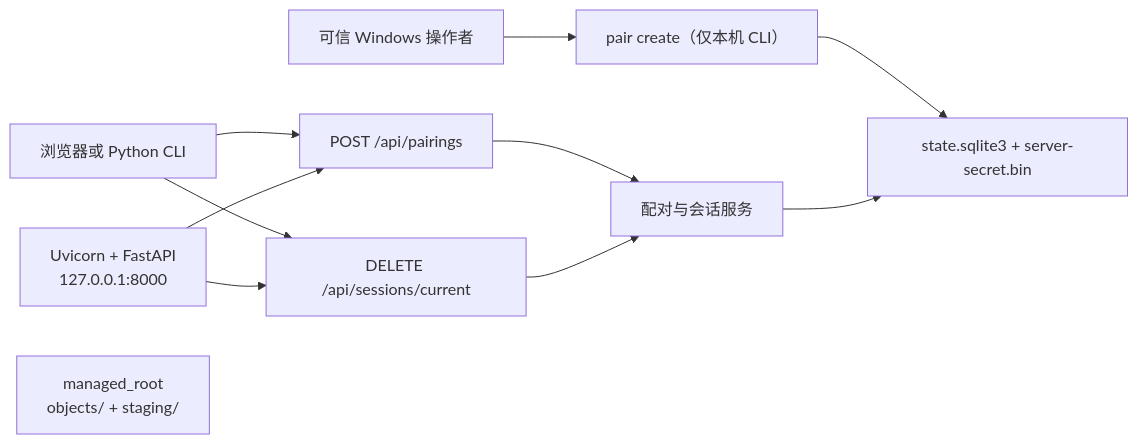
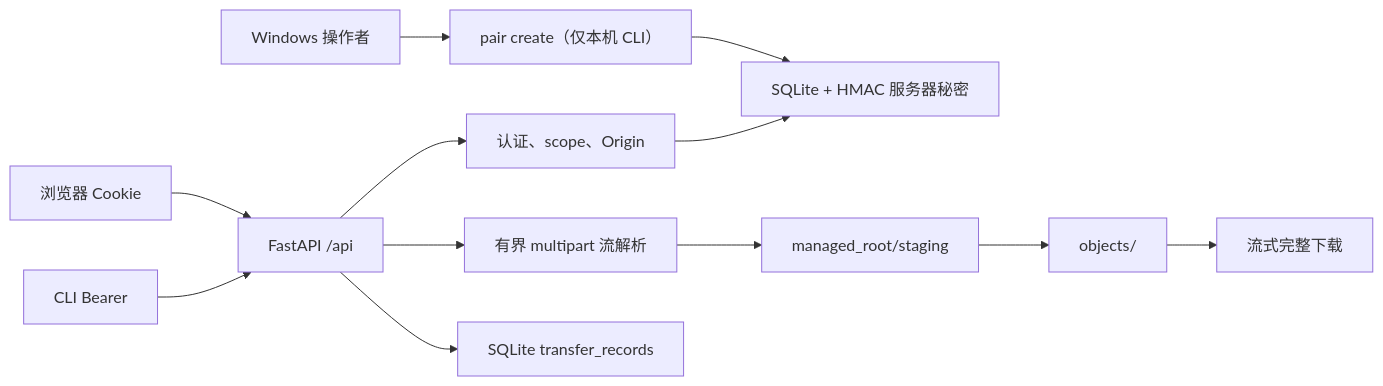
The diagram in docs/ARCHITECTURE.md (cppppercy/lan-distribution-lab), drawn with Mermaid before and after one commit. The commit also changed other lines of this file and 16 other files, not shown here.

````diff
--- a/docs/ARCHITECTURE.md
+++ b/docs/ARCHITECTURE.md
@@ -7,13 +7,14 @@
 ```mermaid
 flowchart LR
-    operator["可信 Windows 操作者"] --> cli["pair create（仅本机 CLI）"]
-    cli --> state["state.sqlite3 + server-secret.bin"]
-    client["浏览器或 Python CLI"] --> pair["POST /api/pairings"]
-    pair --> auth["配对与会话服务"]
+    operator["Windows 操作者"] --> cli["pair create（仅本机 CLI）"]
+    cli --> state["SQLite + HMAC 服务器秘密"]
+    browser["浏览器 Cookie"] --> api["FastAPI /api"]
+    client["CLI Bearer"] --> api
+    api --> auth["认证、scope、Origin"]
+    api --> multipart["有界 multipart 流解析"]
+    multipart --> staging["managed_root/staging"]
+    staging --> objects["objects/<server UUID>"]
     auth --> state
-    client --> revoke["DELETE /api/sessions/current"]
-    revoke --> auth
-    server["Uvicorn + FastAPI\n127.0.0.1:8000"] --> pair
-    server --> revoke
-    store["managed_root\nobjects/ + staging/"]
+    objects --> download["流式完整下载"]
+    api --> transfers["SQLite transfer_records"]
 ```
````
